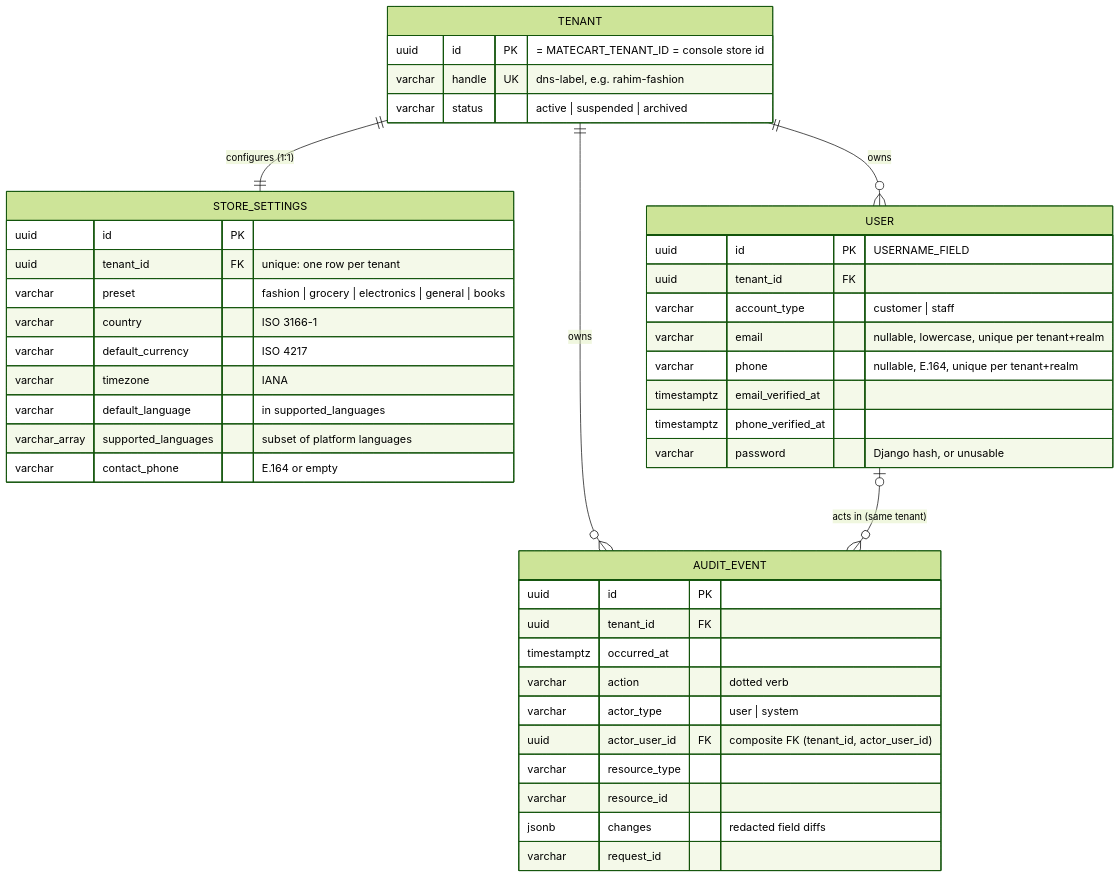
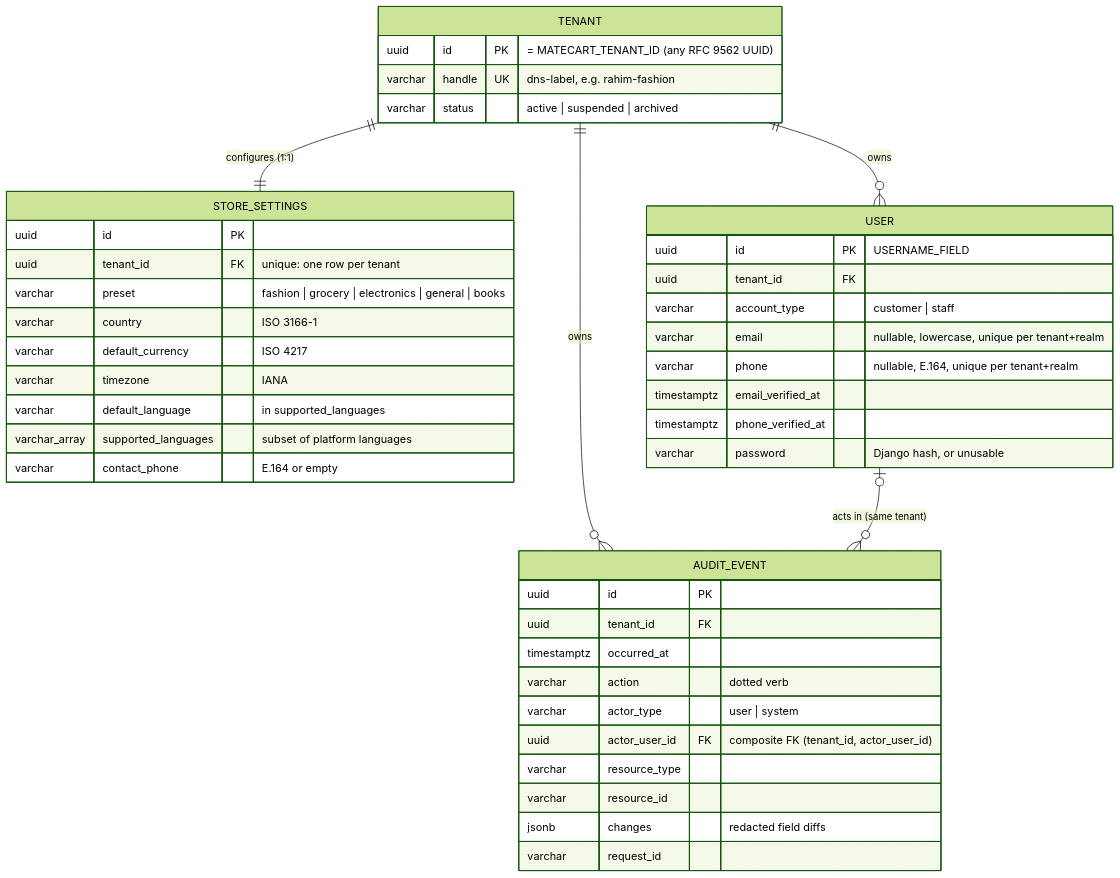
The diagram in docs/DATA_MODEL.md (rizwansammo/MateCart), drawn with Mermaid (forest theme) before and after one commit. The commit also changed other lines of this file and 20 other files, not shown here.

````diff
--- a/docs/DATA_MODEL.md
+++ b/docs/DATA_MODEL.md
@@ -28,46 +28,46 @@
 ```mermaid
 erDiagram
     TENANT ||--|| STORE_SETTINGS : "configures (1:1)"
     TENANT ||--o{ USER : owns
     TENANT ||--o{ AUDIT_EVENT : owns
     USER |o--o{ AUDIT_EVENT : "acts in (same tenant)"
 
     TENANT {
-        uuid id PK "= MATECART_TENANT_ID = console store id"
+        uuid id PK "= MATECART_TENANT_ID (any RFC 9562 UUID)"
         varchar handle UK "dns-label, e.g. rahim-fashion"
         varchar status "active | suspended | archived"
     }
     STORE_SETTINGS {
         uuid id PK
         uuid tenant_id FK "unique: one row per tenant"
         varchar preset "fashion | grocery | electronics | general | books"
         varchar country "ISO 3166-1"
         varchar default_currency "ISO 4217"
         varchar timezone "IANA"
         varchar default_language "in supported_languages"
         varchar_array supported_languages "subset of platform languages"
         varchar contact_phone "E.164 or empty"
     }
     USER {
         uuid id PK "USERNAME_FIELD"
         uuid tenant_id FK
         varchar account_type "customer | staff"
         varchar email "nullable, lowercase, unique per tenant+realm"
         varchar phone "nullable, E.164, unique per tenant+realm"
         timestamptz email_verified_at
         timestamptz phone_verified_at
         varchar password "Django hash, or unusable"
     }
     AUDIT_EVENT {
         uuid id PK
         uuid tenant_id FK
         timestamptz occurred_at
         varchar action "dotted verb"
         varchar actor_type "user | system"
         uuid actor_user_id FK "composite FK (tenant_id, actor_user_id)"
         varchar resource_type
         varchar resource_id
         jsonb changes "redacted field diffs"
         varchar request_id
     }
 ```
````
